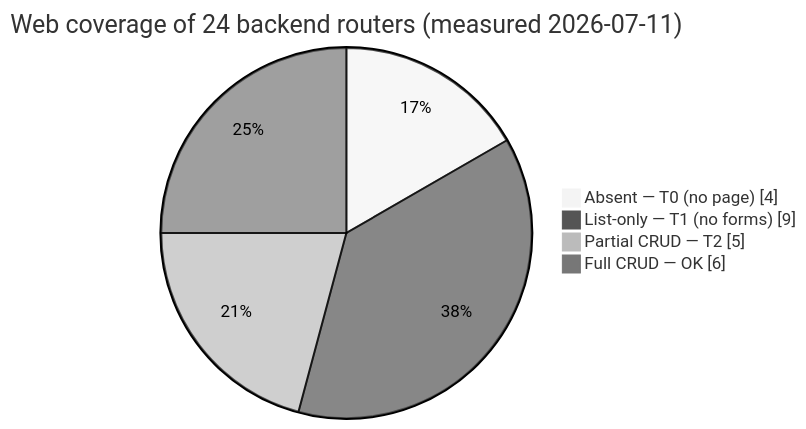
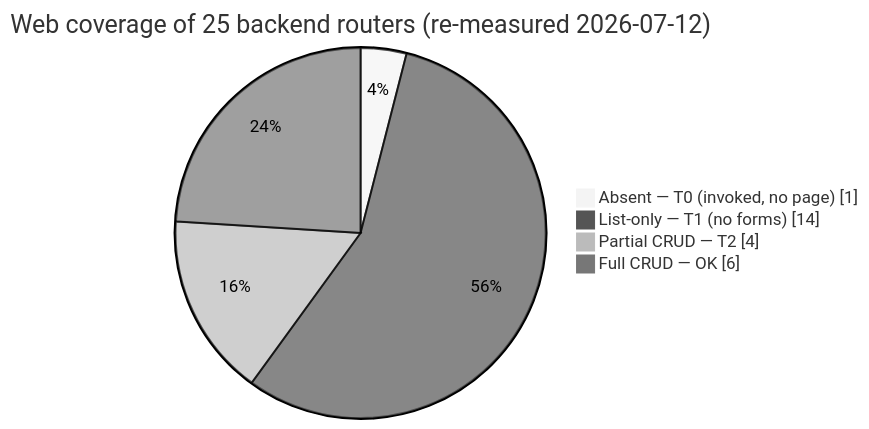
The first of 2 diagrams in apps/docs/content/ADR/0055-web-admin-feature-parity.md (r0b0tr0n1k/rocky), drawn with Mermaid (neutral theme) before and after one commit. The commit also changed other lines of this file and 277 other files, not shown here.

````diff
--- a/apps/docs/content/ADR/0055-web-admin-feature-parity.md
+++ b/apps/docs/content/ADR/0055-web-admin-feature-parity.md
@@ -35,8 +40,8 @@
 ```mermaid
 pie showData
-  title Web coverage of 24 backend routers (measured 2026-07-11)
-  "Absent — T0 (no page)" : 4
-  "List-only — T1 (no forms)" : 9
-  "Partial CRUD — T2" : 5
+  title Web coverage of 25 backend routers (re-measured 2026-07-12)
+  "Absent — T0 (invoked, no page)" : 1
+  "List-only — T1 (no forms)" : 14
+  "Partial CRUD — T2" : 4
   "Full CRUD — OK" : 6
 ```
````
